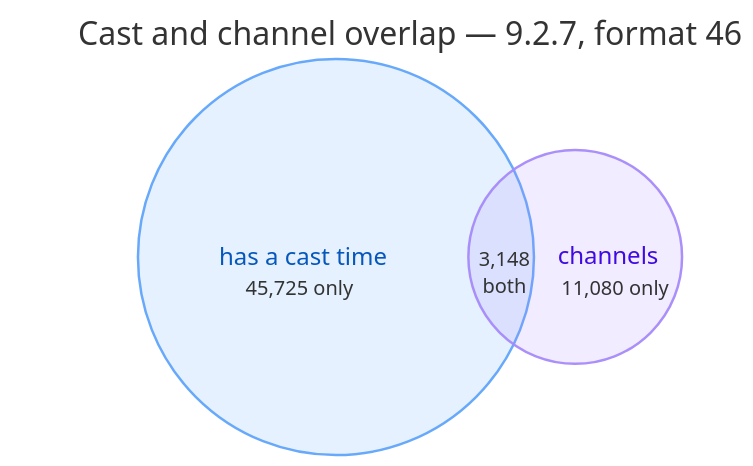
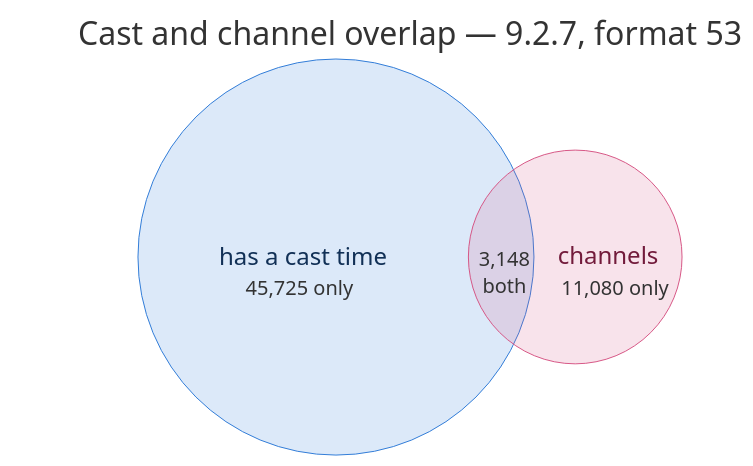
Diagram 11 of 12 in docs/DATA_ROUTES.md (Natans8/Epsilook), drawn with Mermaid before and after one commit. The commit also changed other lines of this file, not shown here.

````diff
--- a/docs/DATA_ROUTES.md
+++ b/docs/DATA_ROUTES.md
@@ -835,14 +975,14 @@
 ```mermaid
 ---
-title: Cast and channel overlap — 9.2.7, format 46
+title: Cast and channel overlap — 9.2.7, format 53
 ---
 venn-beta
 set cast["has a cast time"]:48873
 set channel["channels"]:14228
 union cast,channel:3148
-text cast "45,725 only"
-text channel "11,080 only"
-text cast,channel "3,148 both"
-style cast fill:#60a5fa,fill-opacity:0.16,stroke:#60a5fa
-style channel fill:#a78bfa,fill-opacity:0.16,stroke:#a78bfa
+text cast"45,725 only"
+text channel"11,080 only"
+text cast,channel"3,148 both"
+style cast fill:#2a78d6,fill-opacity:0.16,stroke:#2a78d6,stroke-width:2px
+style channel fill:#d55181,fill-opacity:0.16,stroke:#d55181,stroke-width:2px
 ```
````
